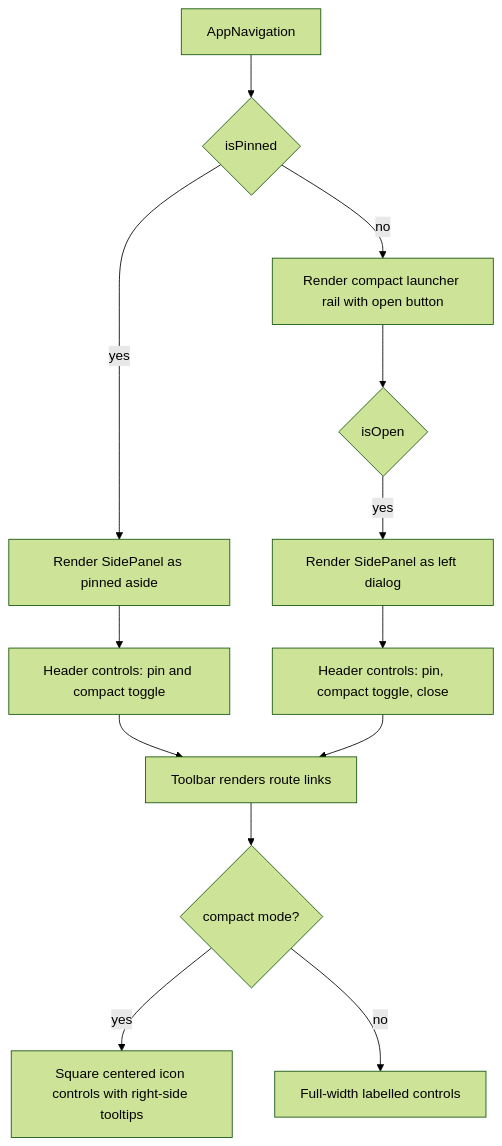
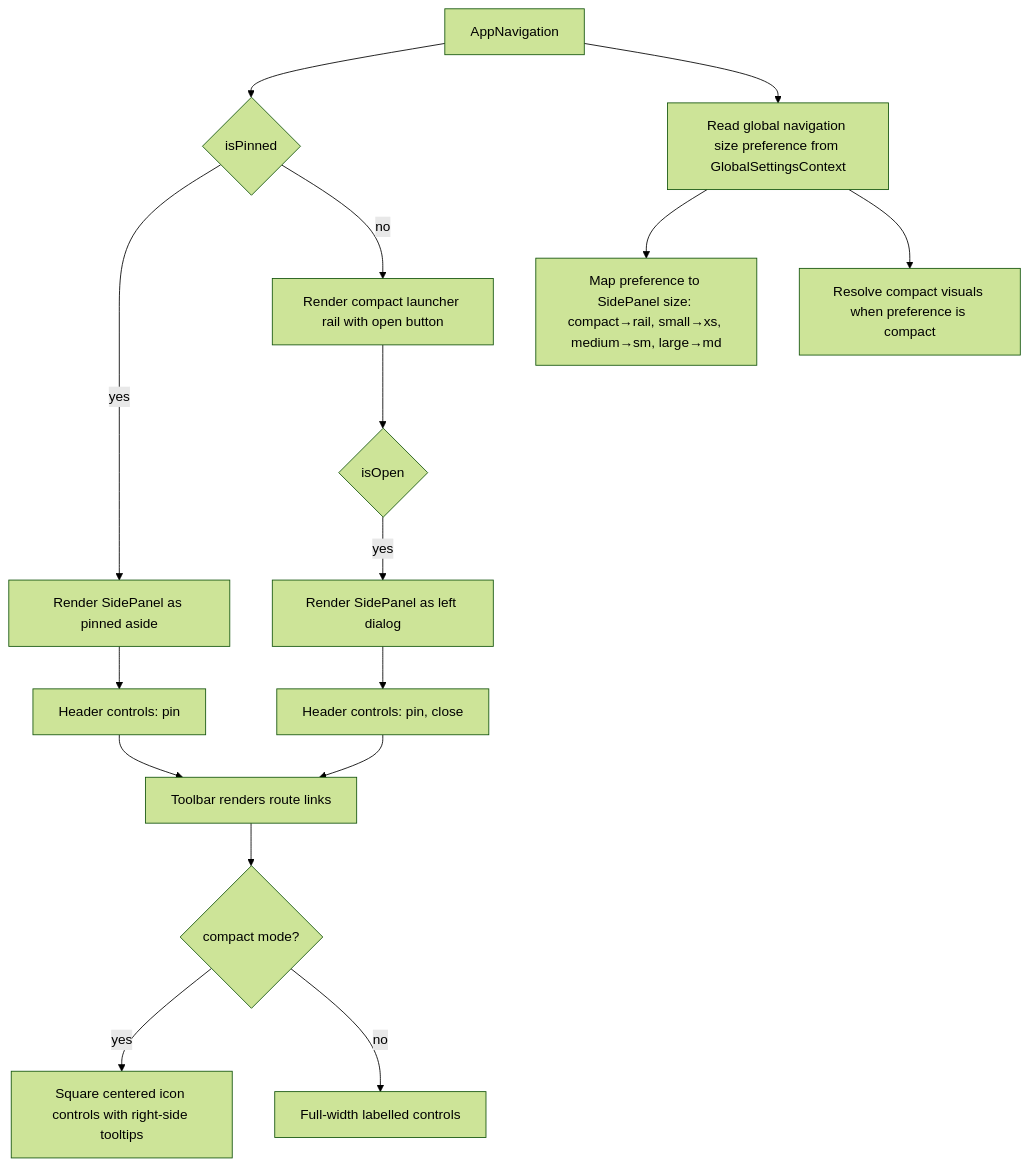
One commit to luciocabrera/lcabrera-stack changed the second of 2 diagrams in apps/react-router/src/components/AppNavigation/ARCHITECTURE.md. Above: the diagram before and after it, drawn with Mermaid (forest theme). The commit also changed other lines of this file and 33 other files, not shown here.

First line of the commit message:
feat: enhance global settings for navigation preferences

````diff
--- a/apps/react-router/src/components/AppNavigation/ARCHITECTURE.md
+++ b/apps/react-router/src/components/AppNavigation/ARCHITECTURE.md
@@ -31,15 +32,18 @@
 ```mermaid
 graph TD
   A[AppNavigation] --> B{isPinned}
   B -->|yes| C[Render SidePanel as pinned aside]
   B -->|no| D[Render compact launcher rail with open button]
   D --> E{isOpen}
   E -->|yes| F[Render SidePanel as left dialog]
-  C --> G[Header controls: pin and compact toggle]
-  F --> H[Header controls: pin, compact toggle, close]
+  A --> M[Read global navigation size preference from GlobalSettingsContext]
+  M --> N[Map preference to SidePanel size: compact→rail, small→xs, medium→sm, large→md]
+  M --> O[Resolve compact visuals when preference is compact]
+  C --> G[Header controls: pin]
+  F --> H[Header controls: pin, close]
   G --> I[Toolbar renders route links]
   H --> I
   I --> J{compact mode?}
   J -->|yes| K[Square centered icon controls with right-side tooltips]
   J -->|no| L[Full-width labelled controls]
 ```
````
